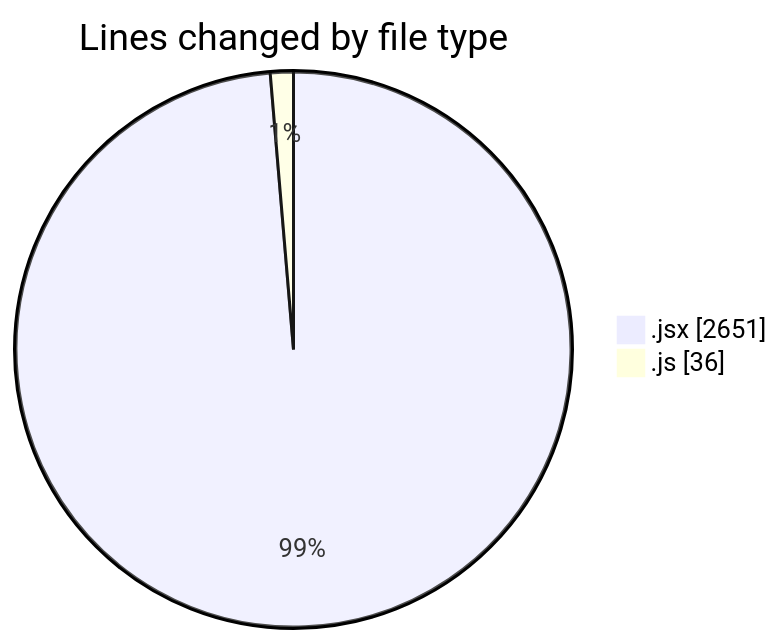
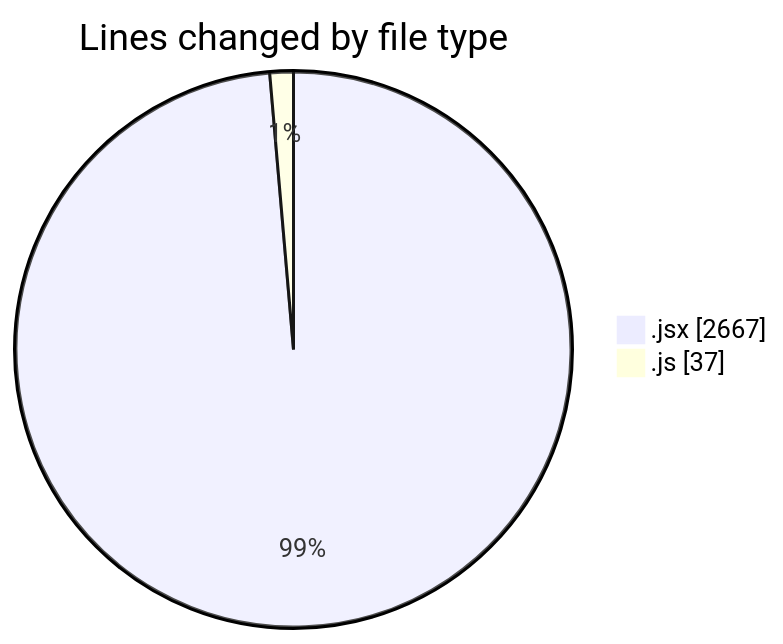
Before and after one commit to nxtqubesakshisongat/code-tracking: the first of 2 diagrams in 2025-07-24/nxtqube_webapp/README.md, drawn with Mermaid. The commit also changed other lines of this file and 1 other file, not shown here.

````diff
--- a/2025-07-24/nxtqube_webapp/README.md
+++ b/2025-07-24/nxtqube_webapp/README.md
@@ -25,6 +25,6 @@
 ```mermaid
 pie showData
 title Lines changed by file type
-".jsx" : 2651
-".js" : 36
+".jsx" : 2667
+".js" : 37
 ```
````
